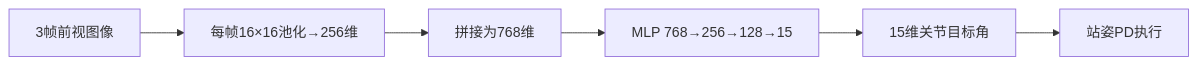
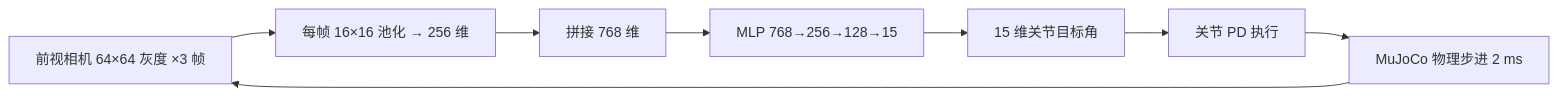
One commit to OpenHUTB/ros2 changed the diagram in docs/humanoid/humanoid_temporal_e2e.md. Above: the diagram before and after it, drawn with Mermaid. The commit also changed other lines of this file, not shown here.

````diff
--- a/docs/humanoid/humanoid_temporal_e2e.md
+++ b/docs/humanoid/humanoid_temporal_e2e.md
@@ -11,8 +15,10 @@
 ```mermaid
 graph LR
-    A[3帧前视图像] --> B[每帧16×16池化→256维]
-    B --> C[拼接为768维]
+    A[前视相机 64×64 灰度 ×3 帧] --> B[每帧 16×16 池化 → 256 维]
+    B --> C[拼接 768 维]
     C --> D[MLP 768→256→128→15]
-    D --> E[15维关节目标角]
-    E --> F[站姿PD执行]
+    D --> E[15 维关节目标角]
+    E --> F[关节 PD 执行]
+    F --> G[MuJoCo 物理步进 2 ms]
+    G --> A
 ```
````
